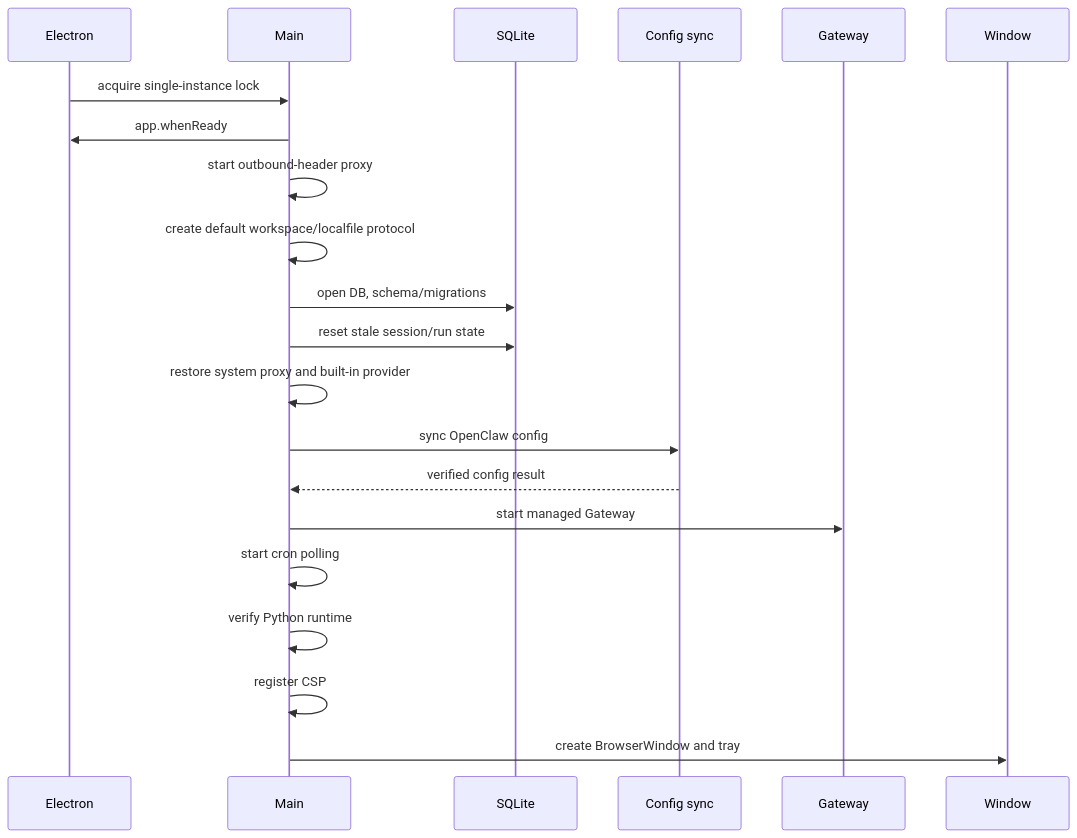
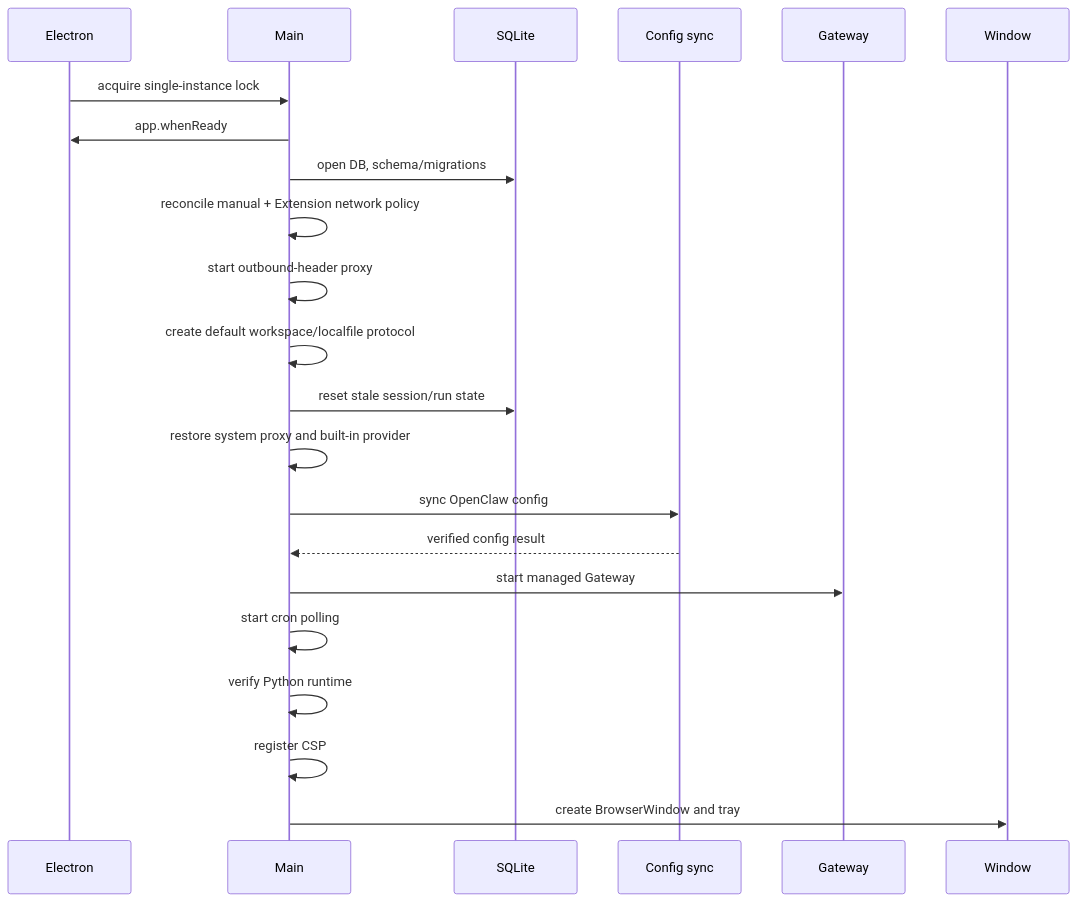
Before and after one commit to DuruoYusdy/JustDo: the third of 3 diagrams in docs/architecture/02-architecture.md, drawn with Mermaid. The commit also changed other lines of this file and 30 other files, not shown here.

````diff
--- a/docs/architecture/02-architecture.md
+++ b/docs/architecture/02-architecture.md
@@ -131,23 +133,24 @@
 ```mermaid
 sequenceDiagram
   participant E as Electron
   participant M as Main
   participant D as SQLite
   participant C as Config sync
   participant G as Gateway
   participant W as Window
   E->>M: acquire single-instance lock
   M->>E: app.whenReady
+  M->>D: open DB, schema/migrations
+  M->>M: reconcile manual + Extension network policy
   M->>M: start outbound-header proxy
   M->>M: create default workspace/localfile protocol
-  M->>D: open DB, schema/migrations
   M->>D: reset stale session/run state
   M->>M: restore system proxy and built-in provider
   M->>C: sync OpenClaw config
   C-->>M: verified config result
   M->>G: start managed Gateway
   M->>M: start cron polling
   M->>M: verify Python runtime
   M->>M: register CSP
   M->>W: create BrowserWindow and tray
 ```
````
